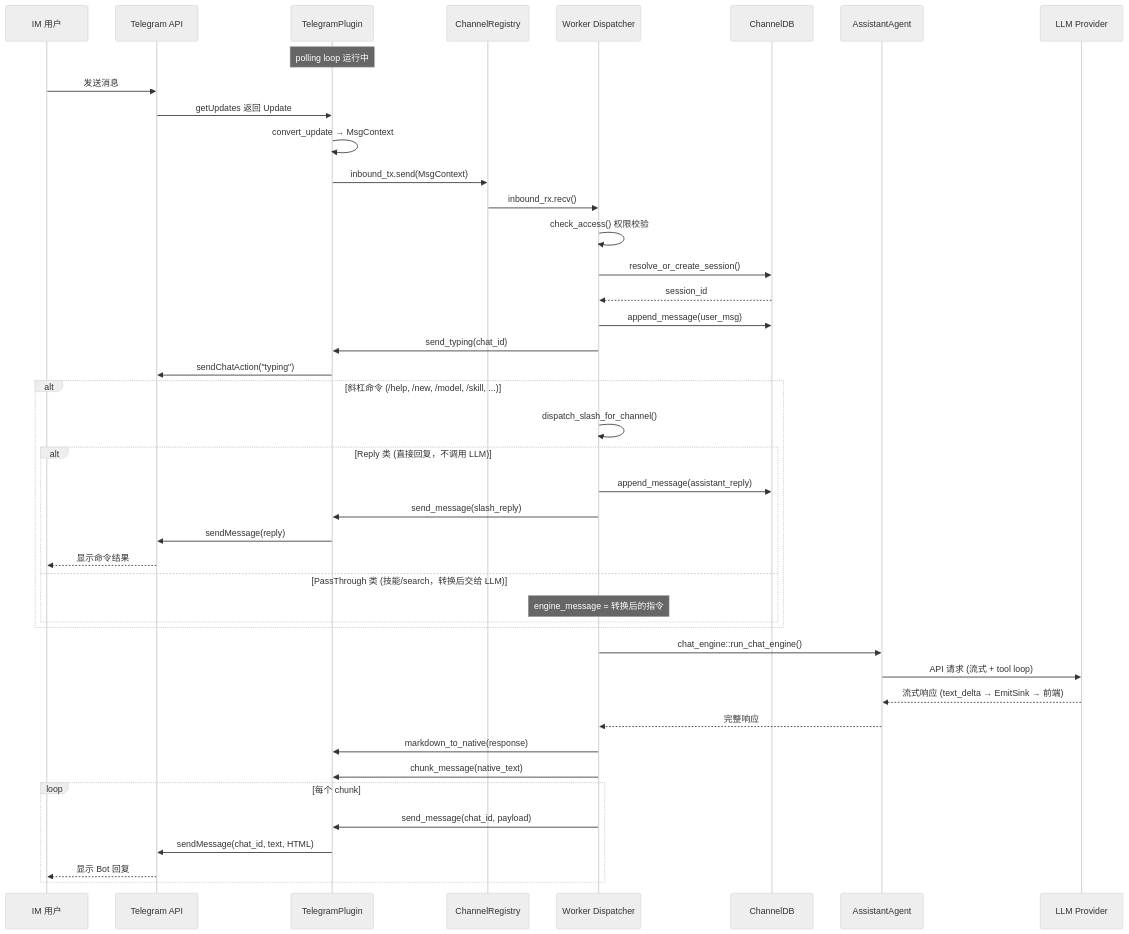
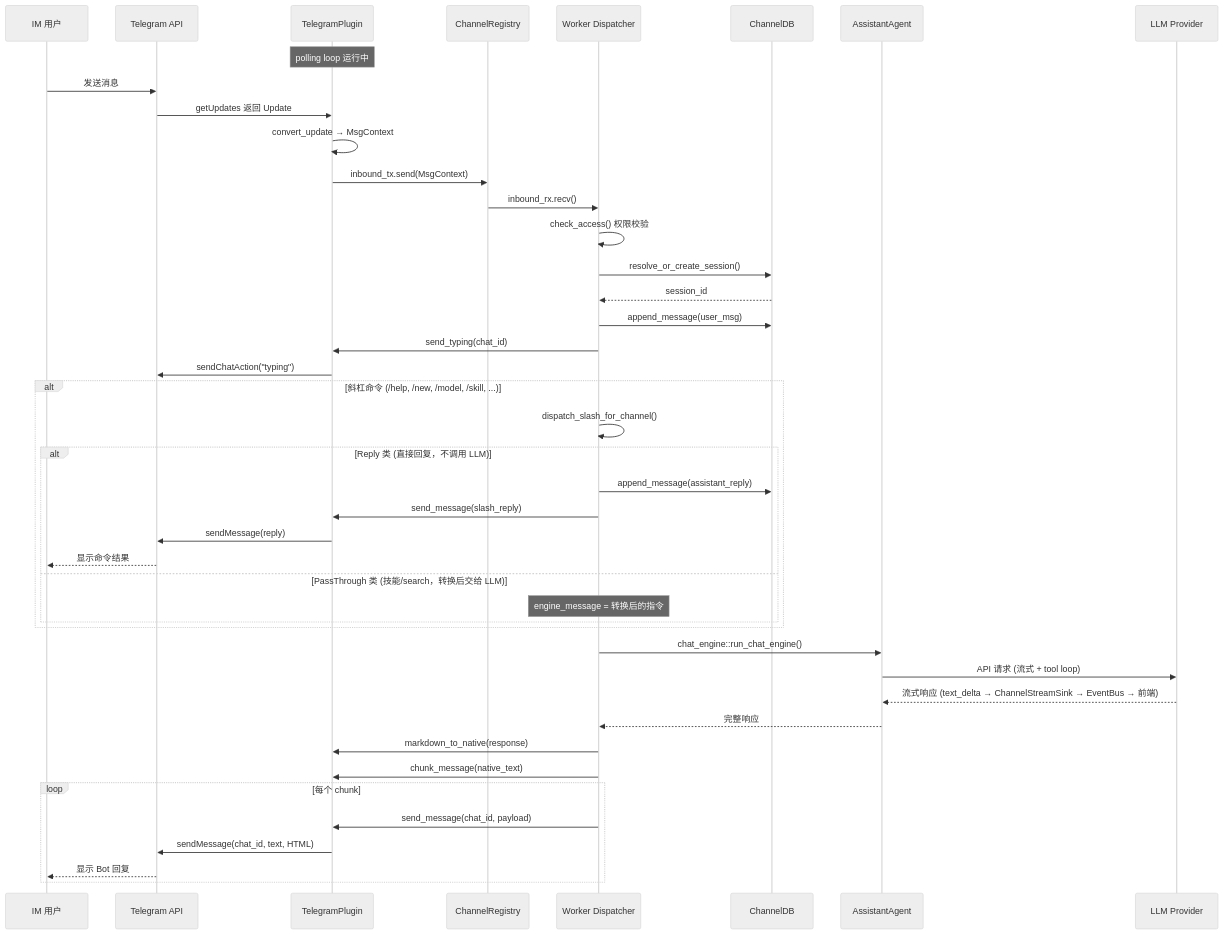
One commit to shiwenwen/hope-agent changed the second of 3 diagrams in docs/architecture/im-channel.md. Above: the diagram before and after it, drawn with Mermaid (neutral theme). The commit also changed other lines of this file and 21 other files, not shown here.

````diff
--- a/docs/architecture/im-channel.md
+++ b/docs/architecture/im-channel.md
@@ -401,52 +401,52 @@
 ```mermaid
 sequenceDiagram
     participant User as IM 用户
     participant TG as Telegram API
     participant Plugin as TelegramPlugin
     participant Registry as ChannelRegistry
     participant Worker as Worker Dispatcher
     participant DB as ChannelDB
     participant Agent as AssistantAgent
     participant LLM as LLM Provider
 
     Note over Plugin: polling loop 运行中
 
     User->>TG: 发送消息
     TG->>Plugin: getUpdates 返回 Update
     Plugin->>Plugin: convert_update → MsgContext
     Plugin->>Registry: inbound_tx.send(MsgContext)
     Registry->>Worker: inbound_rx.recv()
 
     Worker->>Worker: check_access() 权限校验
     Worker->>DB: resolve_or_create_session()
     DB-->>Worker: session_id
 
     Worker->>DB: append_message(user_msg)
     Worker->>Plugin: send_typing(chat_id)
     Plugin->>TG: sendChatAction("typing")
 
     alt 斜杠命令 (/help, /new, /model, /skill, ...)
         Worker->>Worker: dispatch_slash_for_channel()
         alt Reply 类 (直接回复，不调用 LLM)
             Worker->>DB: append_message(assistant_reply)
             Worker->>Plugin: send_message(slash_reply)
             Plugin->>TG: sendMessage(reply)
             TG-->>User: 显示命令结果
         else PassThrough 类 (技能/search，转换后交给 LLM)
             Note over Worker: engine_message = 转换后的指令
         end
     end
 
     Worker->>Agent: chat_engine::run_chat_engine()
     Agent->>LLM: API 请求 (流式 + tool loop)
-    LLM-->>Agent: 流式响应 (text_delta → EmitSink → 前端)
+    LLM-->>Agent: 流式响应 (text_delta → ChannelStreamSink → EventBus → 前端)
     Agent-->>Worker: 完整响应
     Worker->>Plugin: markdown_to_native(response)
     Worker->>Plugin: chunk_message(native_text)
 
     loop 每个 chunk
         Worker->>Plugin: send_message(chat_id, payload)
         Plugin->>TG: sendMessage(chat_id, text, HTML)
         TG-->>User: 显示 Bot 回复
     end
 ```
````
